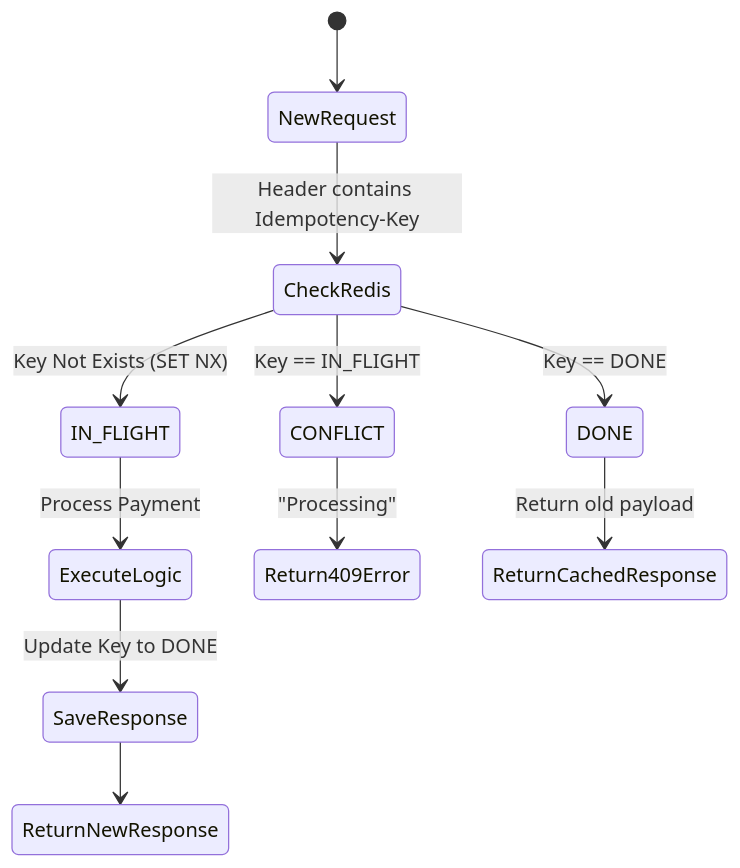
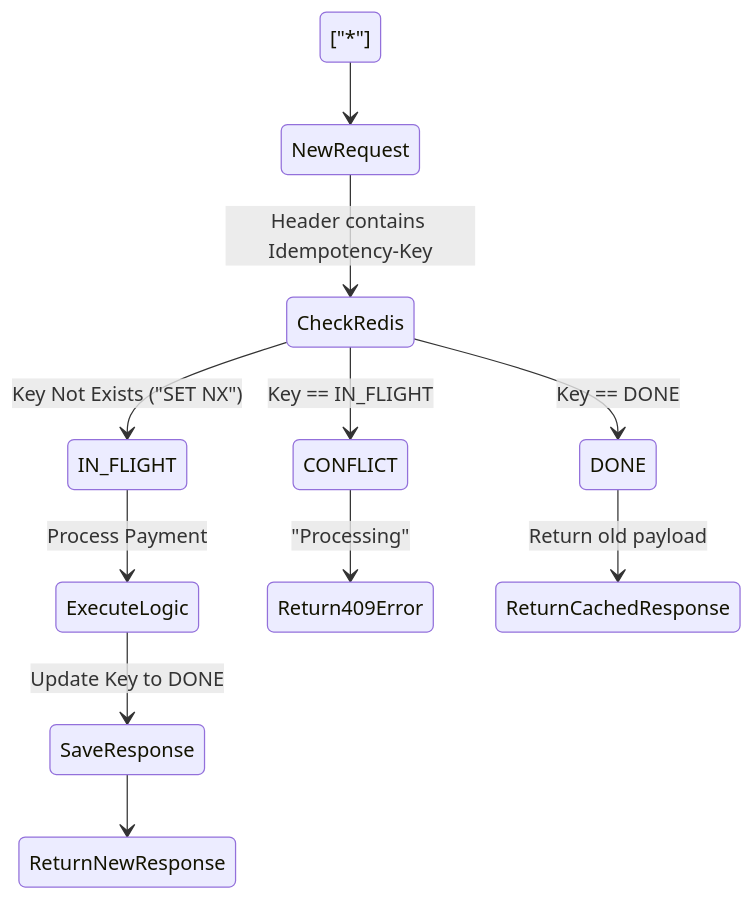
The first of 2 diagrams in content/series/high-concurrency-systems/article_7_idempotency.md (vesviet/vesviet), drawn with Mermaid before and after one commit. The commit also changed other lines of this file and 331 other files, not shown here.

````diff
--- a/content/series/high-concurrency-systems/article_7_idempotency.md
+++ b/content/series/high-concurrency-systems/article_7_idempotency.md
@@ -62,17 +65,17 @@
 ```mermaid
 stateDiagram-v2
-    [*] --> NewRequest
+    ["*"] --> NewRequest
     NewRequest --> CheckRedis: Header contains Idempotency-Key
     
-    CheckRedis --> IN_FLIGHT: Key Not Exists (SET NX)
+    CheckRedis --> IN_FLIGHT: Key Not Exists ("SET NX")
     CheckRedis --> CONFLICT: Key == IN_FLIGHT
     CheckRedis --> DONE: Key == DONE
     
     IN_FLIGHT --> ExecuteLogic: Process Payment
     ExecuteLogic --> SaveResponse: Update Key to DONE
     SaveResponse --> ReturnNewResponse
     
     CONFLICT --> Return409Error: "Processing"
     
     DONE --> ReturnCachedResponse: Return old payload
 ```
````
